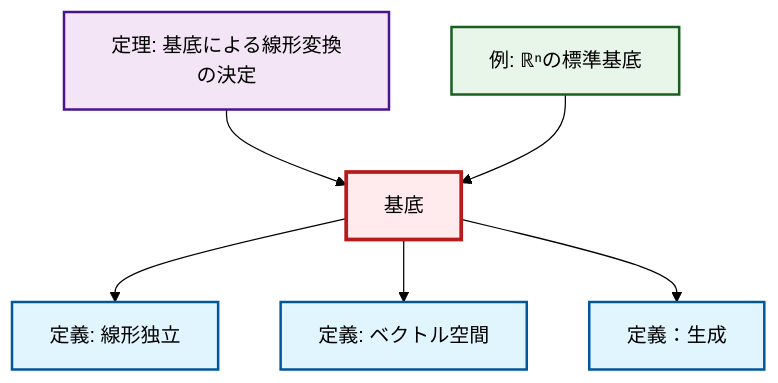
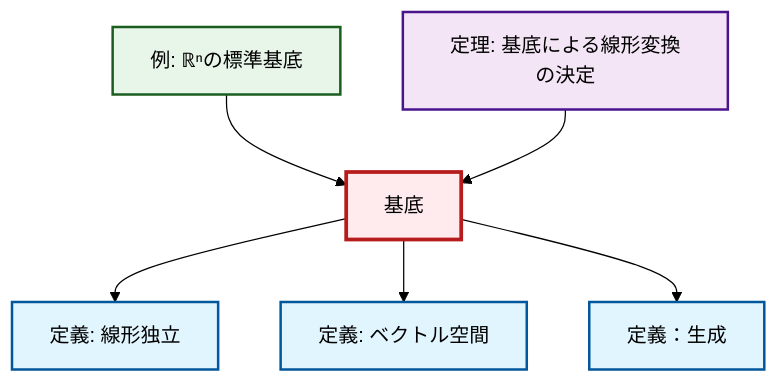
The diagram in content/ja/algebra/def-basis.qmd (RK0429/ModernMath), drawn with Mermaid (forest theme) before and after one commit. The commit also changed other lines of this file and 1012 other files, not shown here.

````diff
--- a/content/ja/algebra/def-basis.qmd
+++ b/content/ja/algebra/def-basis.qmd
@@ -56,26 +56,26 @@
 ```{mermaid}
 %%| fig-cap: "Local dependency graph"
 graph TD
     classDef definition fill:#e1f5fe,stroke:#01579b,stroke-width:2px
     classDef theorem fill:#f3e5f5,stroke:#4a148c,stroke-width:2px
     classDef axiom fill:#fff3e0,stroke:#e65100,stroke-width:2px
     classDef example fill:#e8f5e9,stroke:#1b5e20,stroke-width:2px
     classDef current fill:#ffebee,stroke:#b71c1c,stroke-width:3px
     thm-linear-transformation-basis["定理: 基底による線形変換の決定"]:::theorem
     def-vector-space["定義: ベクトル空間"]:::definition
+    def-linear-independence["定義: 線形独立"]:::definition
+    def-span["定義：生成"]:::definition
     def-basis["基底"]:::definition
-    def-span["定義：生成"]:::definition
     ex-standard-basis-rn["例: ℝⁿの標準基底"]:::example
-    def-linear-independence["定義: 線形独立"]:::definition
     def-basis --> def-linear-independence
+    ex-standard-basis-rn --> def-basis
     def-basis --> def-vector-space
     thm-linear-transformation-basis --> def-basis
     def-basis --> def-span
-    ex-standard-basis-rn --> def-basis
     class def-basis current
     click thm-linear-transformation-basis "thm-linear-transformation-basis.html" "基底による線形変換の決定の定理へ"
     click def-vector-space "def-vector-space.html" "ベクトル空間の定義へ"
+    click def-linear-independence "def-linear-independence.html" "線形独立の定義へ"
     click def-span "def-span.html" "定義：生成へ"
     click ex-standard-basis-rn "ex-standard-basis-rn.html" "ℝⁿの標準基底の例へ"
-    click def-linear-independence "def-linear-independence.html" "線形独立の定義へ"
 ```
````
